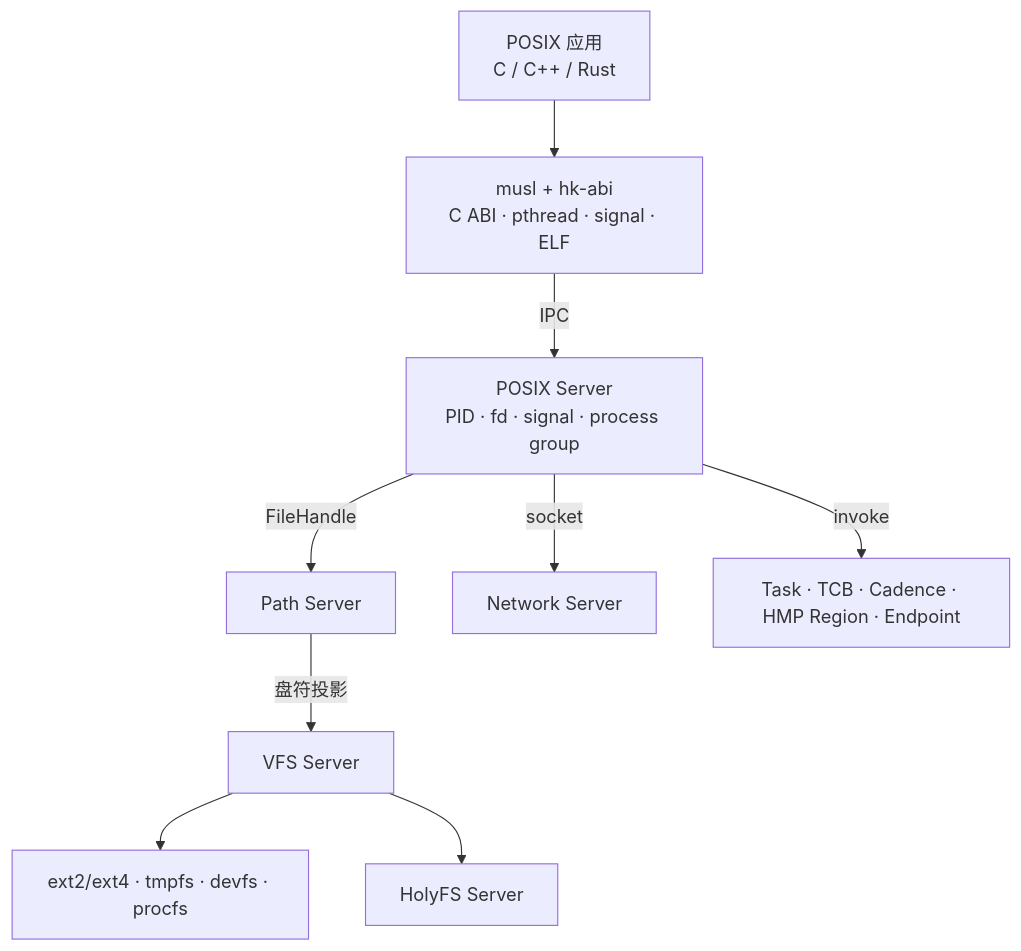
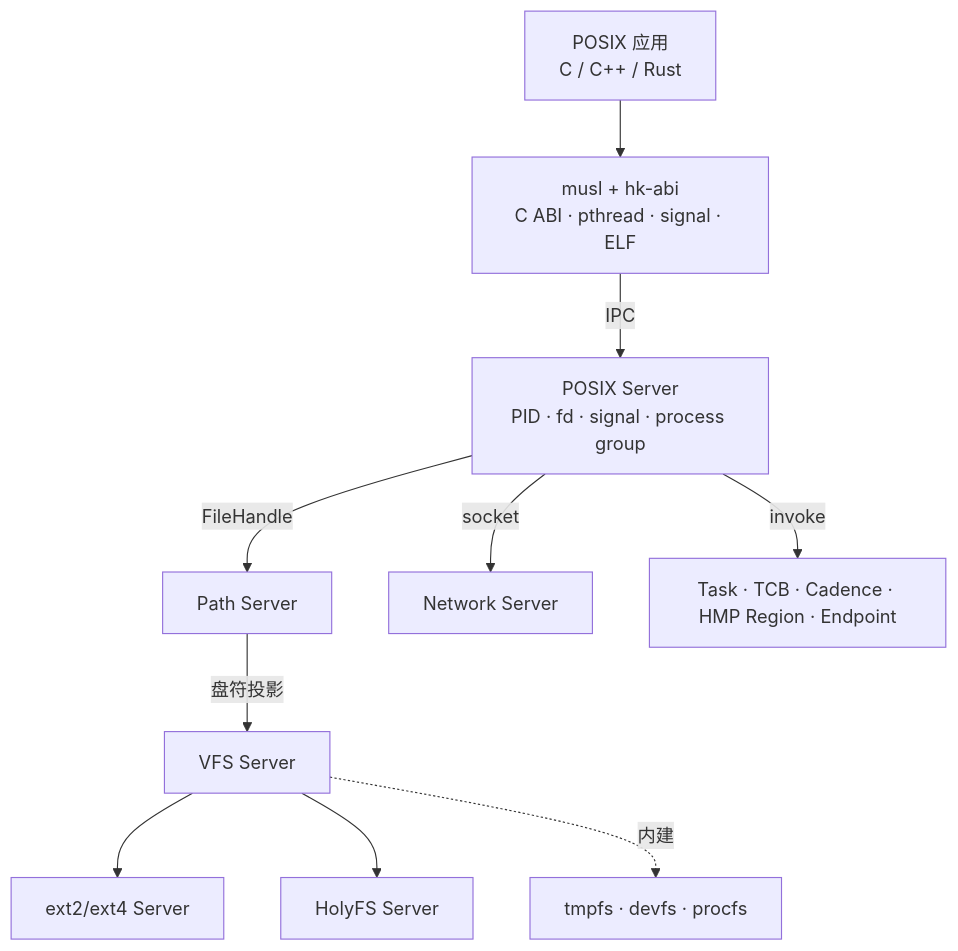
One commit to hongweifei/HolyKernel changed the first of 3 diagrams in docs/posix.md. Above: the diagram before and after it, drawn with Mermaid. The commit also changed other lines of this file and 29 other files, not shown here.

````diff
--- a/docs/posix.md
+++ b/docs/posix.md
@@ -48,11 +48,12 @@
 ```mermaid
 flowchart TB
     App["POSIX 应用<br/>C / C++ / Rust"] --> Libc["musl + hk-abi<br/>C ABI · pthread · signal · ELF"]
     Libc -->|IPC| POSIX["POSIX Server<br/>PID · fd · signal · process group"]
     POSIX -->|FileHandle| Path["Path Server"]
     Path -->|盘符投影| VFS["VFS Server"]
     POSIX -->|socket| Net["Network Server"]
     POSIX -->|invoke| Kernel["Task · TCB · Cadence · HMP Region · Endpoint"]
-    VFS --> FS["ext2/ext4 · tmpfs · devfs · procfs"]
+    VFS --> Ext4["ext2/ext4 Server"]
     VFS --> Holy["HolyFS Server"]
+    VFS -.->|内建| Synthetic["tmpfs · devfs · procfs"]
 ```
````
